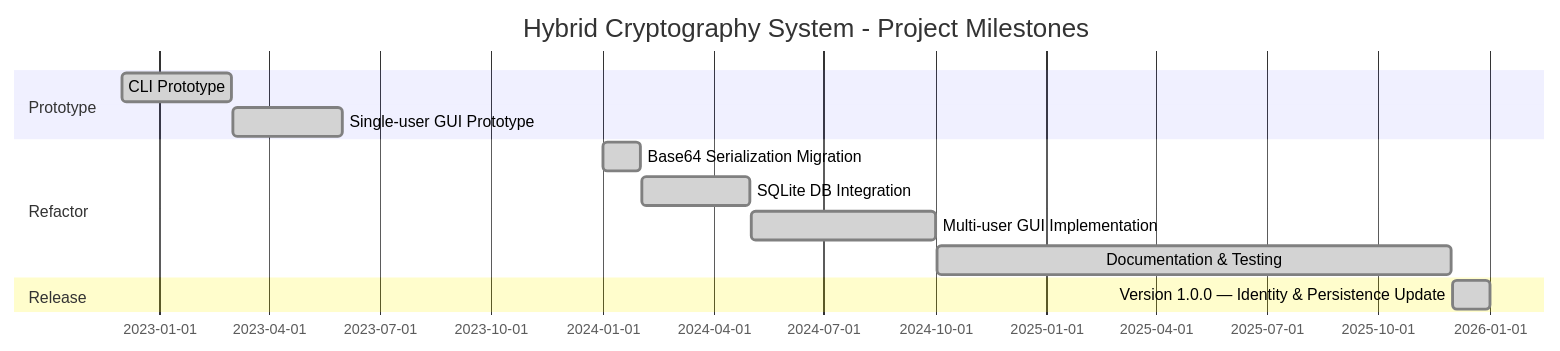
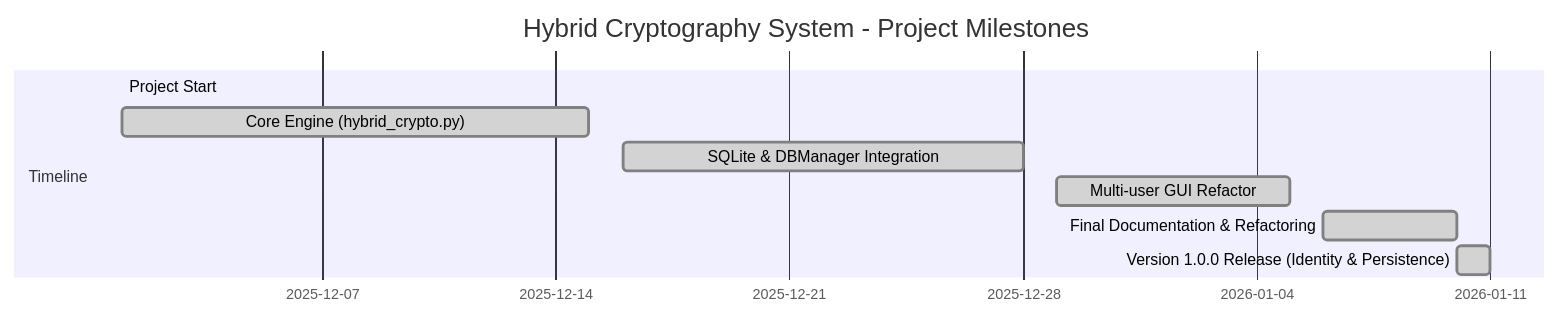
The diagram in DELIVERABLES.md (Layba-khan01/Hybrid-Cryptography-System), drawn with Mermaid before and after one commit. The commit also changed other lines of this file and 2 other files, not shown here.

Commit message:
Timeline and implementation details

````diff
--- a/DELIVERABLES.md
+++ b/DELIVERABLES.md
@@ -250,15 +250,12 @@
 ```mermaid
 gantt
   title Hybrid Cryptography System - Project Milestones
   dateFormat  YYYY-MM-DD
-  section Prototype
-  CLI Prototype                         :done, cli, 2022-12-01, 2023-03-01
-  Single-user GUI Prototype             :done, gui1, 2023-03-02, 2023-06-01
-  section Refactor
-  Base64 Serialization Migration        :done, base64, 2024-01-01, 2024-02-01
-  SQLite DB Integration                 :done, db, 2024-02-02, 2024-05-01
-  Multi-user GUI Implementation         :done, gui2, 2024-05-02, 2024-10-01
-  Documentation & Testing               :done, docs, 2024-10-02, 2025-11-30
-  section Release
-  Version 1.0.0 — Identity & Persistence Update :done, v1, 2025-12-01, 2026-01-01
+  section Timeline
+  Project Start                          :done, start, 2025-12-01, 2025-12-01
+  Core Engine (hybrid_crypto.py)         :done, core, 2025-12-01, 2025-12-15
+  SQLite & DBManager Integration         :done, db, 2025-12-16, 2025-12-28
+  Multi-user GUI Refactor                 :done, gui, 2025-12-29, 2026-01-05
+  Final Documentation & Refactoring      :done, docs, 2026-01-06, 2026-01-10
+  Version 1.0.0 Release (Identity & Persistence) :done, v1, 2026-01-10, 1d
 ```
````
